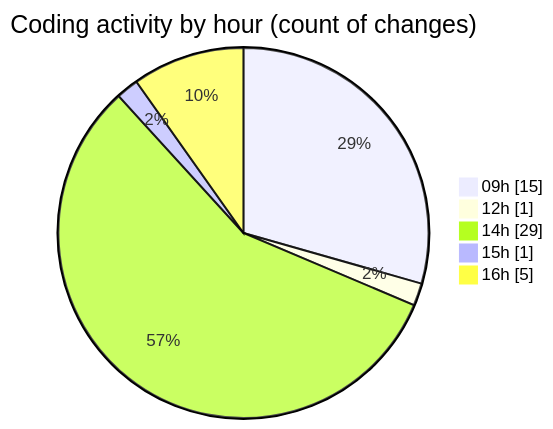
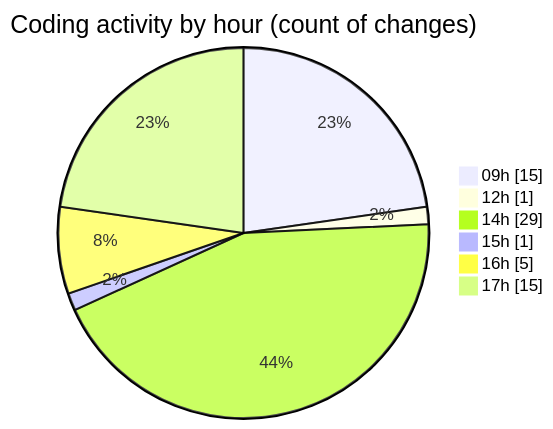
Before and after one commit to momahboobian/code-tracking: the second of 2 diagrams in 2026-09-08/cda/README.md, drawn with Mermaid. The commit also changed other lines of this file and 1 other file, not shown here.

````diff
--- a/2026-09-08/cda/README.md
+++ b/2026-09-08/cda/README.md
@@ -61,9 +61,10 @@
 ```mermaid
 pie showData
 title Coding activity by hour (count of changes)
 "09h" : 15
 "12h" : 1
 "14h" : 29
 "15h" : 1
 "16h" : 5
+"17h" : 15
 ```
````
